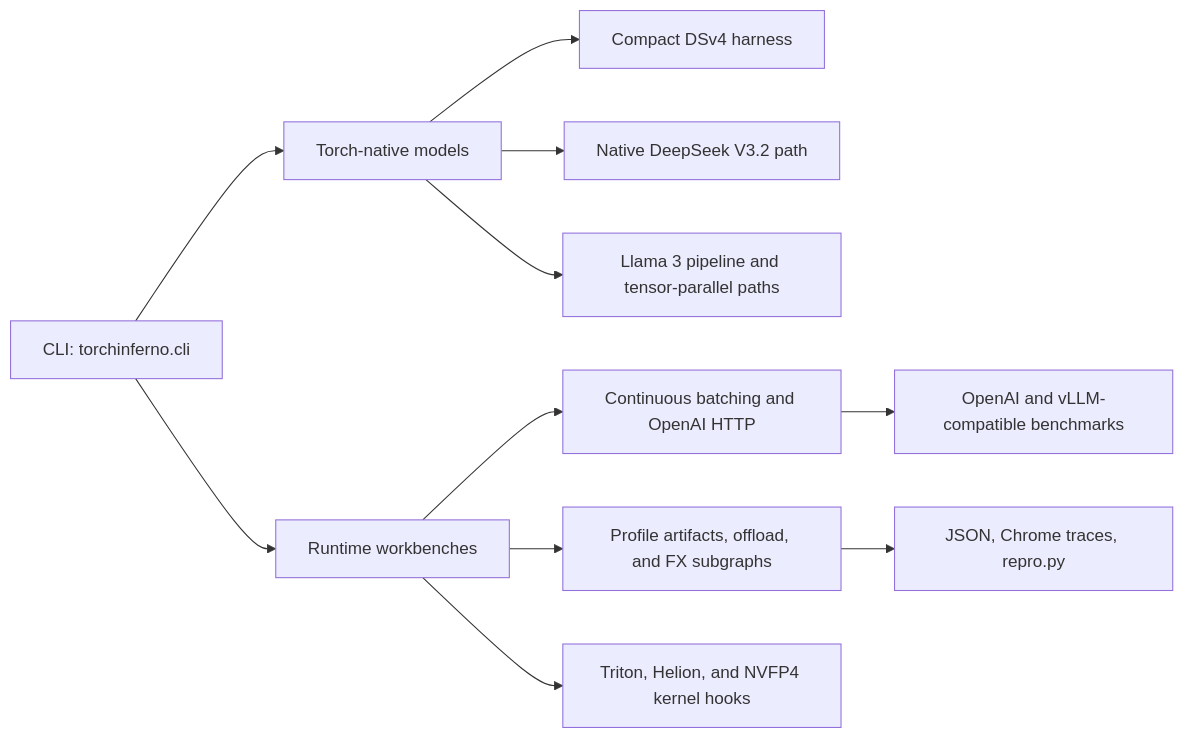
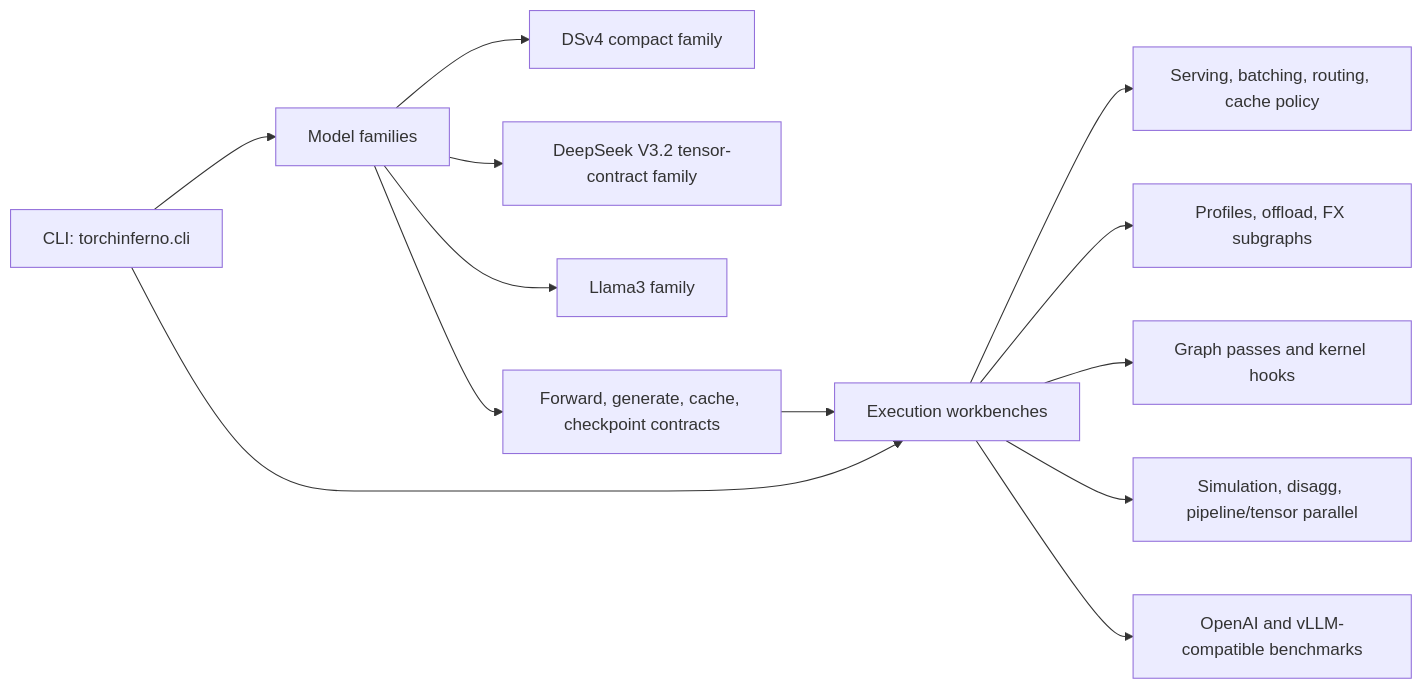
Before and after one commit to bobrenjc93/TorchInferno: the diagram in README.md, drawn with Mermaid. The commit also changed other lines of this file and 3 other files, not shown here.

Commit message:
Clarify model families and runtime workbenches

````diff
--- a/README.md
+++ b/README.md
@@ -108,13 +112,15 @@
 ```mermaid
 flowchart LR
-  CLI["CLI: torchinferno.cli"] --> Models["Torch-native models"]
-  Models --> DSv4["Compact DSv4 harness"]
-  Models --> DeepSeek["Native DeepSeek V3.2 path"]
-  Models --> Llama["Llama 3 pipeline and tensor-parallel paths"]
-  CLI --> Runtime["Runtime workbenches"]
-  Runtime --> Serving["Continuous batching and OpenAI HTTP"]
-  Runtime --> Profiles["Profile artifacts, offload, and FX subgraphs"]
-  Runtime --> Kernels["Triton, Helion, and NVFP4 kernel hooks"]
-  Profiles --> Artifacts["JSON, Chrome traces, repro.py"]
-  Serving --> Benchmarks["OpenAI and vLLM-compatible benchmarks"]
+  CLI["CLI: torchinferno.cli"] --> Families["Model families"]
+  Families --> DSv4["DSv4 compact family"]
+  Families --> DeepSeek["DeepSeek V3.2 tensor-contract family"]
+  Families --> Llama["Llama3 family"]
+  Families --> Contracts["Forward, generate, cache, checkpoint contracts"]
+  CLI --> Workbenches["Execution workbenches"]
+  Contracts --> Workbenches
+  Workbenches --> Serving["Serving, batching, routing, cache policy"]
+  Workbenches --> Profiles["Profiles, offload, FX subgraphs"]
+  Workbenches --> Kernels["Graph passes and kernel hooks"]
+  Workbenches --> Parallel["Simulation, disagg, pipeline/tensor parallel"]
+  Workbenches --> Benchmarks["OpenAI and vLLM-compatible benchmarks"]
 ```
````
